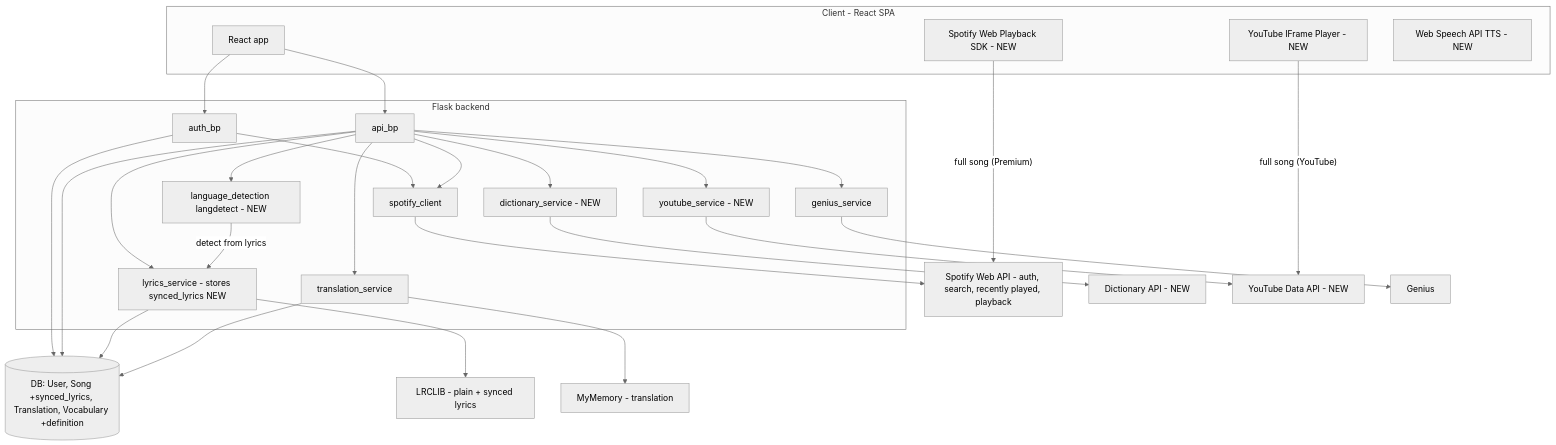
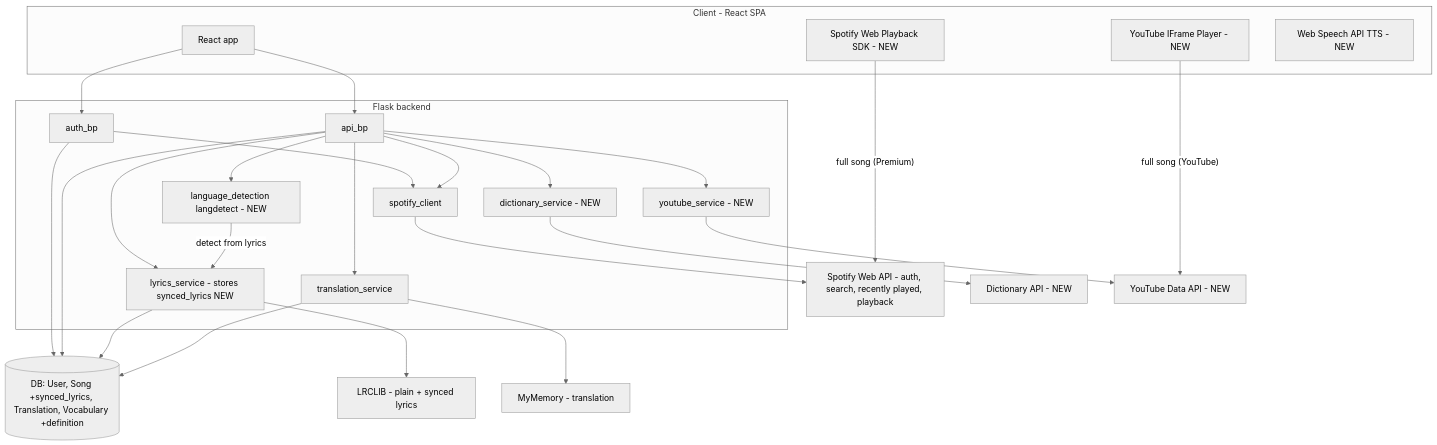
Before and after one commit to ishraqb/Linguify: the first of 4 diagrams in docs/ARCHITECTURE.md, drawn with Mermaid (neutral theme). The commit also changed other lines of this file and 5 other files, not shown here.

Commit message:
Remove unused Genius API integration

````diff
--- a/docs/ARCHITECTURE.md
+++ b/docs/ARCHITECTURE.md
@@ -47,57 +46,53 @@
 ```mermaid
 flowchart TD
     subgraph client [Client - React SPA]
         Browser["React app"]
         SpotifySDK["Spotify Web Playback SDK - NEW"]
         YouTubePlayer["YouTube IFrame Player - NEW"]
         WebSpeech["Web Speech API TTS - NEW"]
     end
 
     subgraph server [Flask backend]
         AuthBp["auth_bp"]
         ApiBp["api_bp"]
         SpotifyClient["spotify_client"]
         LyricsSvc["lyrics_service - stores synced_lyrics NEW"]
         LangSvc["language_detection langdetect - NEW"]
         TransSvc["translation_service"]
         DictSvc["dictionary_service - NEW"]
         YtSvc["youtube_service - NEW"]
-        GeniusSvc["genius_service"]
     end
 
     DB[("DB: User, Song +synced_lyrics, Translation, Vocabulary +definition")]
 
     Spotify["Spotify Web API - auth, search, recently played, playback"]
     LRCLIB["LRCLIB - plain + synced lyrics"]
     MyMemory["MyMemory - translation"]
     Dictionary["Dictionary API - NEW"]
     YouTube["YouTube Data API - NEW"]
-    Genius["Genius"]
 
     Browser --> AuthBp
     Browser --> ApiBp
     SpotifySDK -->|"full song (Premium)"| Spotify
     YouTubePlayer -->|"full song (YouTube)"| YouTube
 
     AuthBp --> SpotifyClient
     ApiBp --> SpotifyClient
     ApiBp --> LyricsSvc
     ApiBp --> LangSvc
     ApiBp --> TransSvc
     ApiBp --> DictSvc
     ApiBp --> YtSvc
-    ApiBp --> GeniusSvc
 
     SpotifyClient --> Spotify
     LyricsSvc --> LRCLIB
     LangSvc -->|"detect from lyrics"| LyricsSvc
     TransSvc --> MyMemory
     DictSvc --> Dictionary
     YtSvc --> YouTube
-    GeniusSvc --> Genius
 
     AuthBp --> DB
     ApiBp --> DB
     LyricsSvc --> DB
     TransSvc --> DB
 ```
````
